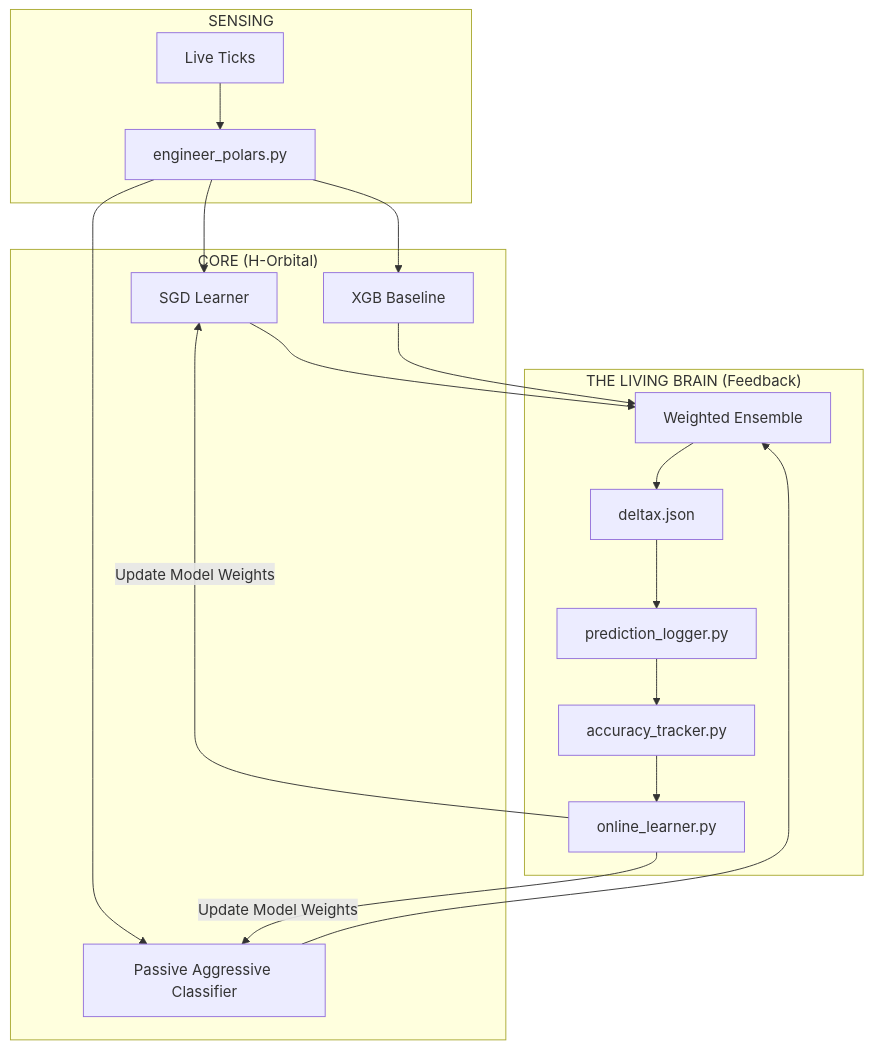
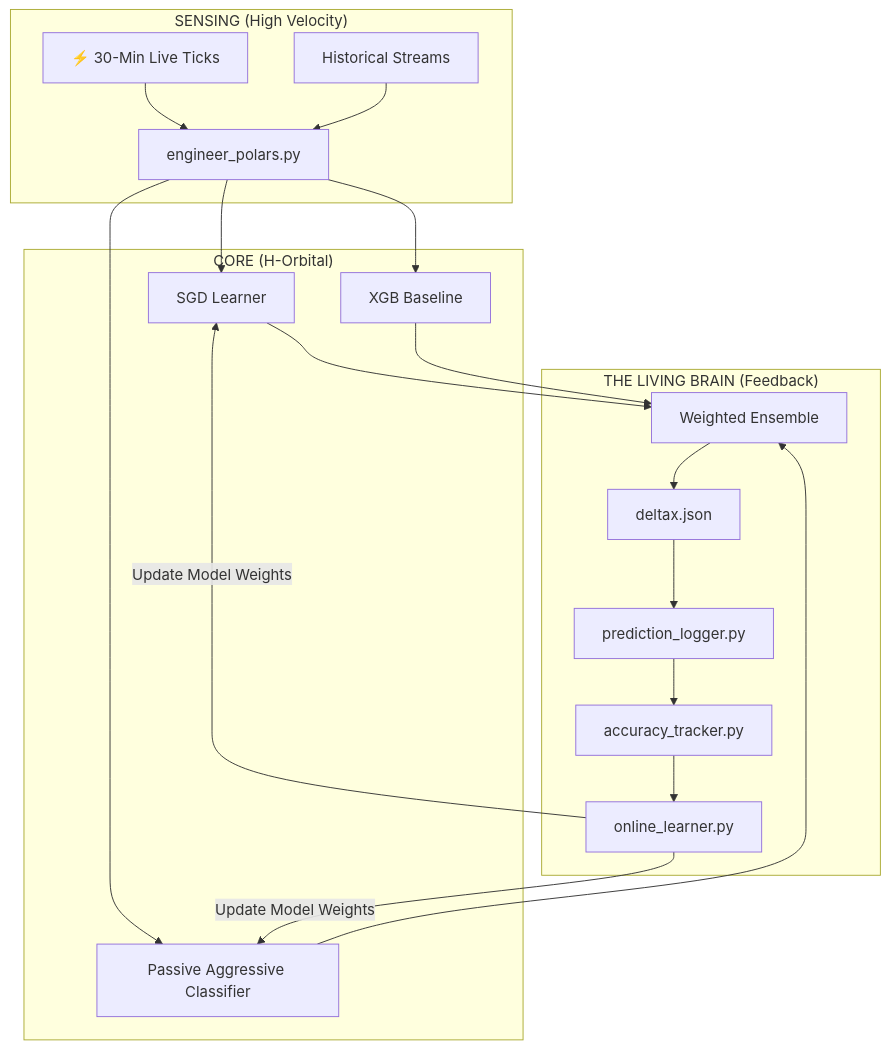
Before and after one commit to pravindev666/Tradyx-Aleph: the second of 4 diagrams in README.md, drawn with Mermaid. The commit also changed other lines of this file, not shown here.

````diff
--- a/README.md
+++ b/README.md
@@ -47,24 +45,25 @@
 ```mermaid
 graph TD
-    subgraph "SENSING"
-        D_YF[Live Ticks] --> D_POL[engineer_polars.py]
+    subgraph "SENSING (High Velocity)"
+        D_LIVE[⚡ 30-Min Live Ticks] --> D_POL
+        D_YF[Historical Streams] --> D_POL[engineer_polars.py]
     end
 
     subgraph "CORE (H-Orbital)"
         D_POL --> D_SGD[SGD Learner]
         D_POL --> D_PA[Passive Aggressive Classifier]
         D_POL --> D_BASE[XGB Baseline]
     end
 
     subgraph "THE LIVING BRAIN (Feedback)"
         D_SGD & D_PA & D_BASE --> D_WE[Weighted Ensemble]
         D_WE --> D_OUT[deltax.json]
         
         D_OUT --> D_LOG[prediction_logger.py]
         D_LOG --> D_ACC[accuracy_tracker.py]
         D_ACC --> D_LEARN[online_learner.py]
         
         D_LEARN -->|Update Model Weights| D_SGD
         D_LEARN -->|Update Model Weights| D_PA
     end
 ```
````
